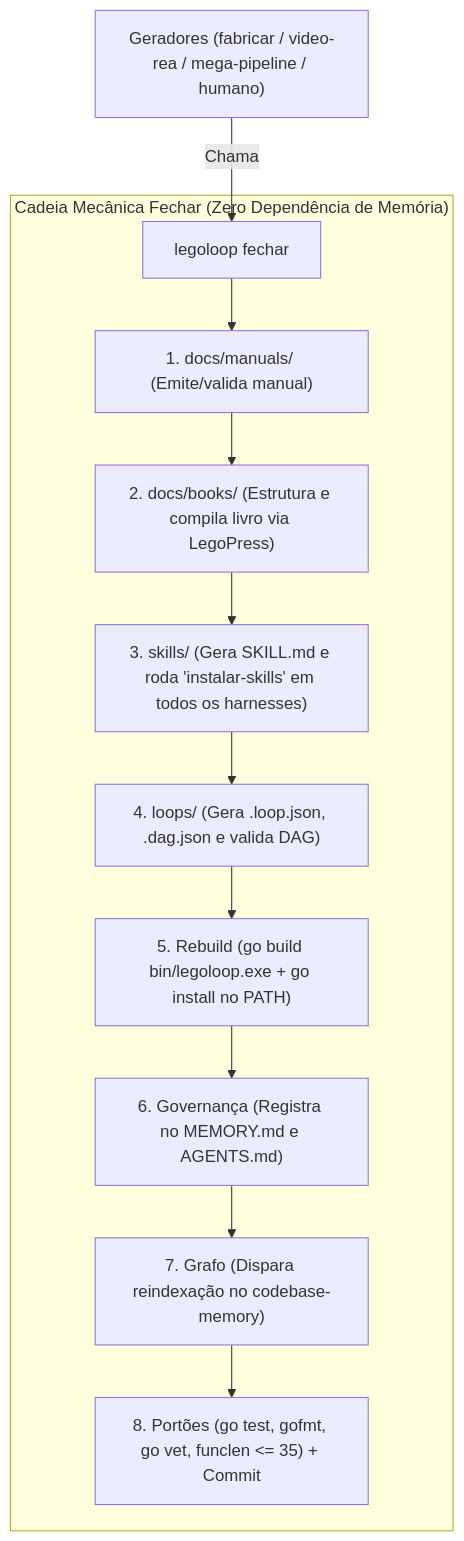
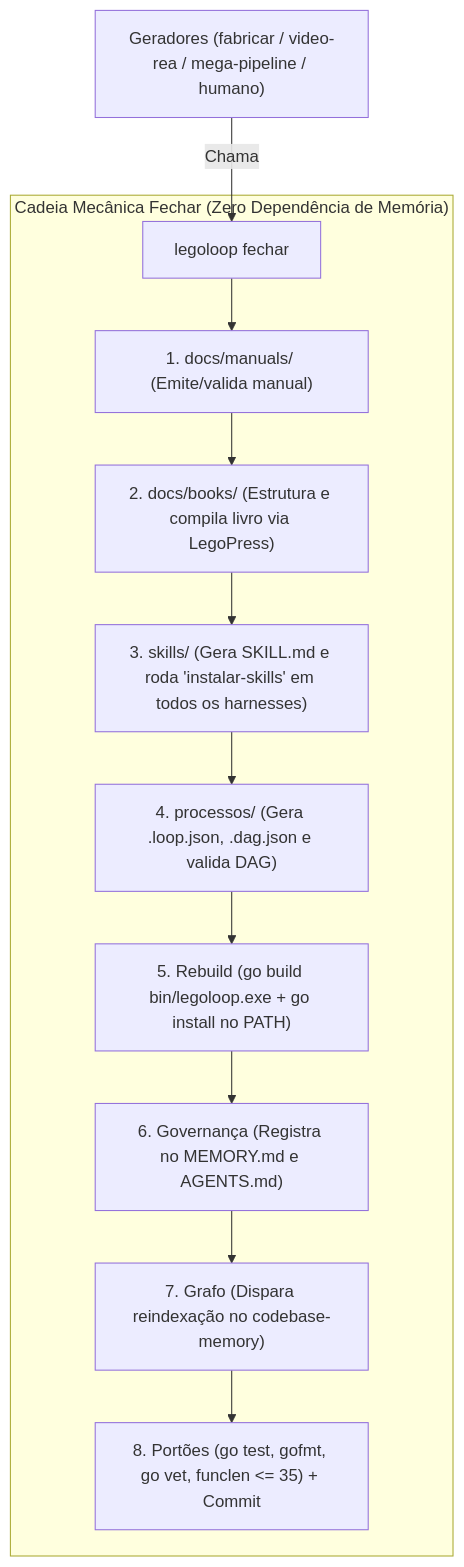
The fourth of 5 diagrams in docs/archive/sessions/LegoLoop/07112026_9408084d-aa3e-40a3-a924-418ca1f67855.md (heverton-dev/LegoLoop), drawn with Mermaid before and after one commit. The commit also changed other lines of this file and 549 other files, not shown here.

First line of the commit message:
checkpoint E06: rename loops/ -> processos/ (referencias, hook legado exit 2, TDD mutacoes provadas)

````diff
--- a/docs/archive/sessions/LegoLoop/07112026_9408084d-aa3e-40a3-a924-418ca1f67855.md
+++ b/docs/archive/sessions/LegoLoop/07112026_9408084d-aa3e-40a3-a924-418ca1f67855.md
@@ -366,14 +366,14 @@
 ```mermaid
 flowchart TD
     G["Geradores (fabricar / video-rea / mega-pipeline / humano)"] -->|Chama| F["legoloop fechar <slug>"]
     subgraph Esteira["Cadeia Mecânica Fechar (Zero Dependência de Memória)"]
         F --> P1["1. docs/manuals/ (Emite/valida manual)"]
         P1 --> P2["2. docs/books/ (Estrutura e compila livro via LegoPress)"]
         P2 --> P3["3. skills/ (Gera SKILL.md e roda 'instalar-skills' em todos os harnesses)"]
-        P3 --> P4["4. loops/ (Gera .loop.json, .dag.json e valida DAG)"]
+        P3 --> P4["4. processos/ (Gera .loop.json, .dag.json e valida DAG)"]
         P4 --> P5["5. Rebuild (go build bin/legoloop.exe + go install no PATH)"]
         P5 --> P6["6. Governança (Registra no MEMORY.md e AGENTS.md)"]
         P6 --> P7["7. Grafo (Dispara reindexação no codebase-memory)"]
         P7 --> P8["8. Portões (go test, gofmt, go vet, funclen <= 35) + Commit"]
     end
 ```
````
